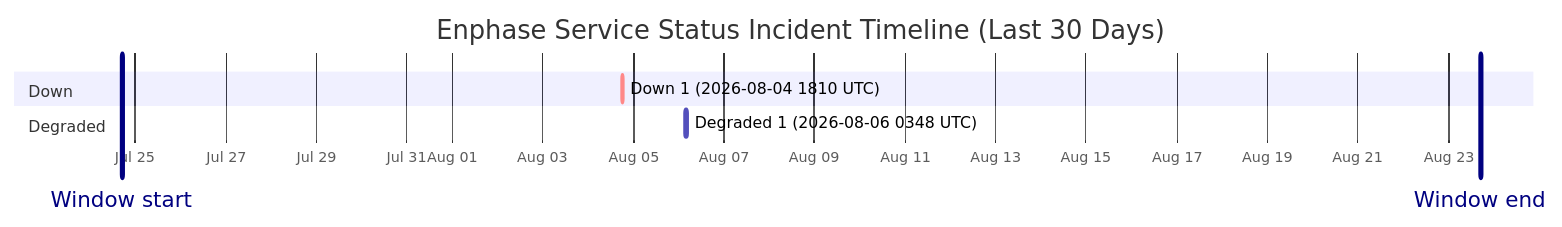
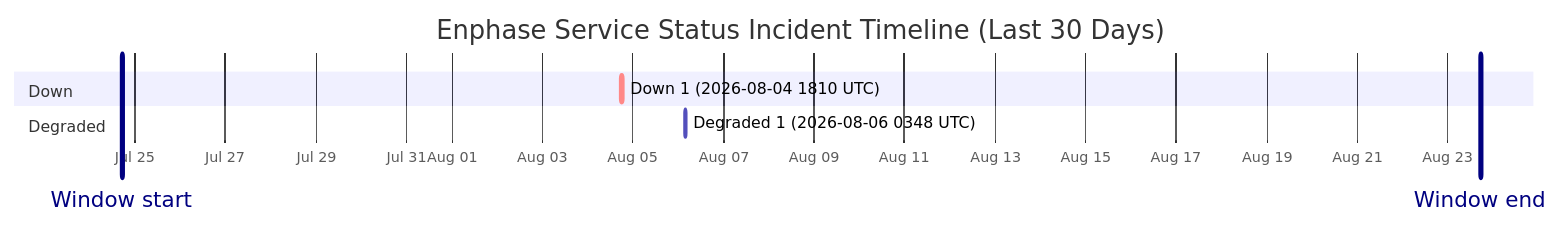
One commit to barneyonline/ha-enphase-energy changed the diagram in wiki/Service-Status-History.md. Above: the diagram before and after it, drawn with Mermaid. The commit also changed other lines of this file and 3 other files, not shown here.

````diff
--- a/wiki/Service-Status-History.md
+++ b/wiki/Service-Status-History.md
@@ -14,12 +14,12 @@
 ```mermaid
 gantt
     title Enphase Service Status Incident Timeline (Last 30 Days)
     dateFormat  YYYY-MM-DDTHH:mm:ss
     axisFormat  %b %d
-    Window start :vert, window-start, 2026-07-24T16:51:02, 0ms
-    Window end :vert, window-end, 2026-08-23T16:51:02, 0ms
+    Window start :vert, window-start, 2026-07-24T17:18:18, 0ms
+    Window end :vert, window-end, 2026-08-23T17:18:18, 0ms
     section Down
     Down 1 (2026-08-04 1810 UTC) :crit, down-1, 2026-08-04T18:10:46, 60m
     section Degraded
     Degraded 1 (2026-08-06 0348 UTC) :active, degraded-1, 2026-08-06T03:48:14, 60m
 ```
````
